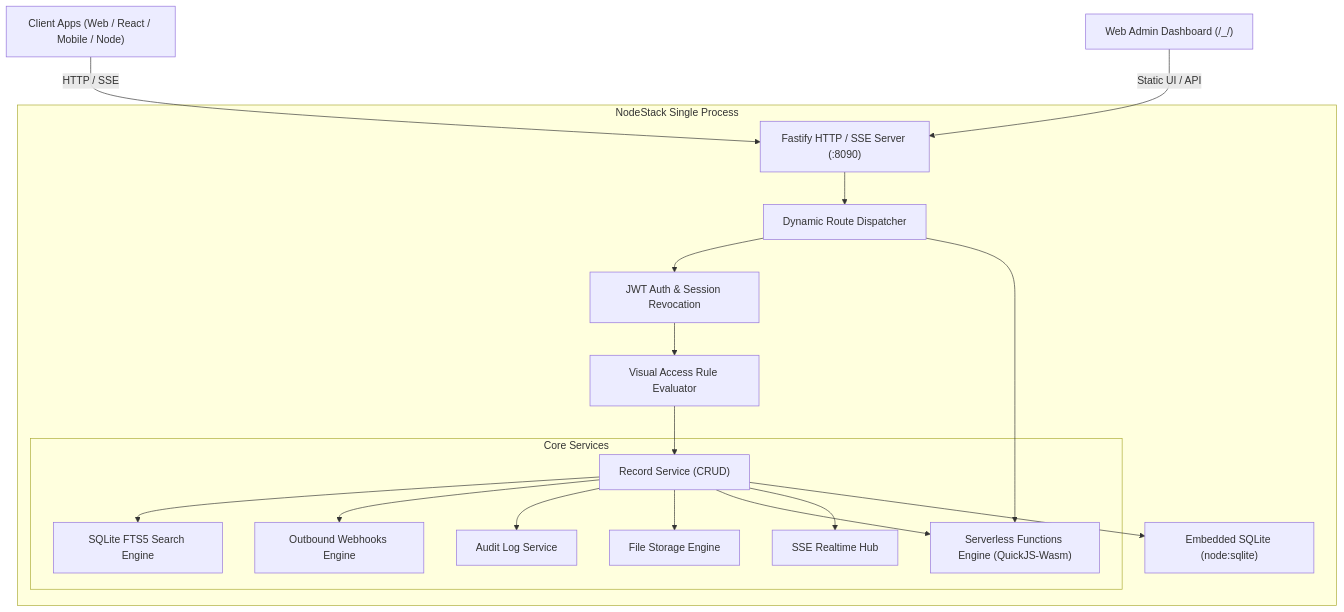
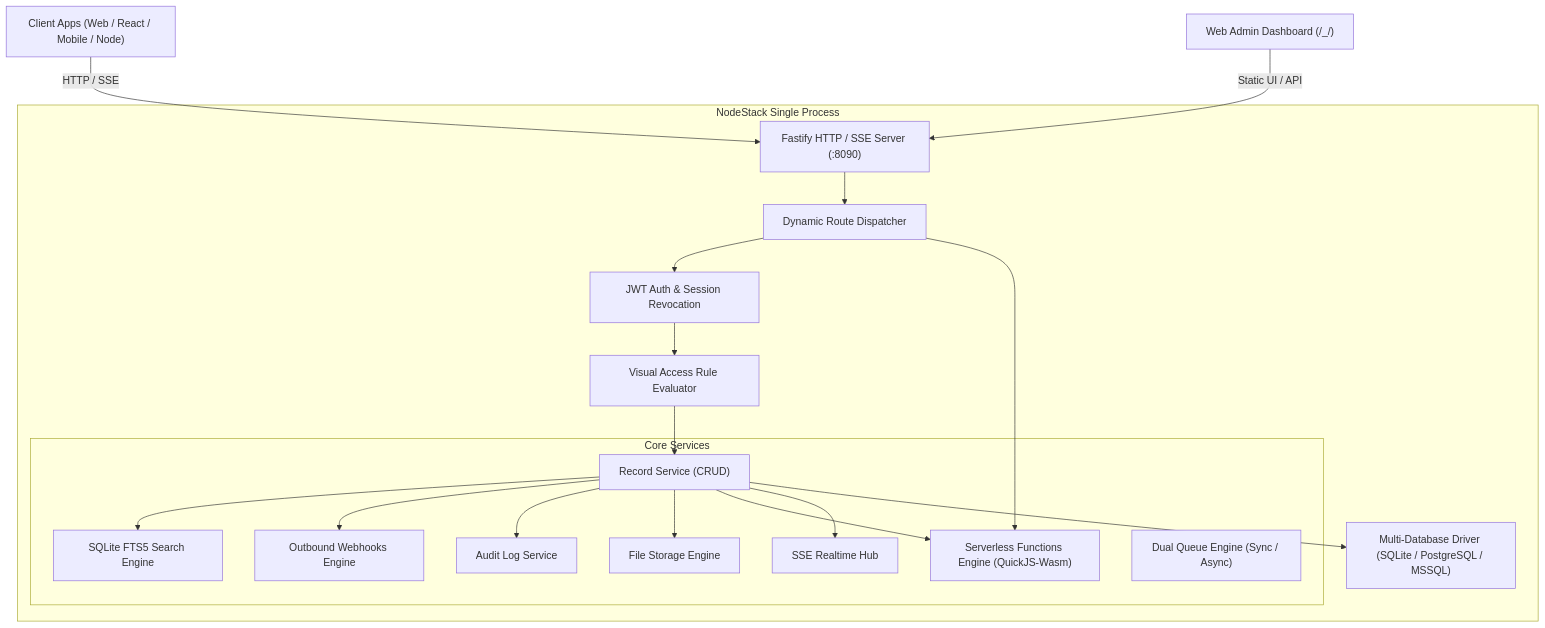
The diagram in docs/docs/getting-started/overview.md (satya-jugran/nodestack), drawn with Mermaid before and after one commit. The commit also changed other lines of this file and 40 other files, not shown here.

````diff
--- a/docs/docs/getting-started/overview.md
+++ b/docs/docs/getting-started/overview.md
@@ -51,39 +52,40 @@
 ```mermaid
 graph TD
     Client["Client Apps (Web / React / Mobile / Node)"]
     Admin["Web Admin Dashboard (/_/)"]
     
     subgraph NodeStack Single Process
         Fastify["Fastify HTTP / SSE Server (:8090)"]
         Router["Dynamic Route Dispatcher"]
         AuthMiddleware["JWT Auth & Session Revocation"]
         RuleEngine["Visual Access Rule Evaluator"]
         
         subgraph Core Services
             RecordService["Record Service (CRUD)"]
             FTSService["SQLite FTS5 Search Engine"]
             WebhookService["Outbound Webhooks Engine"]
             AuditService["Audit Log Service"]
             StorageService["File Storage Engine"]
             FunctionService["Serverless Functions Engine (QuickJS-Wasm)"]
             RealtimeHub["SSE Realtime Hub"]
+            QueueEngine["Dual Queue Engine (Sync / Async)"]
         end
 
-        SqliteDriver["Embedded SQLite (node:sqlite)"]
+        DbDriver["Multi-Database Driver (SQLite / PostgreSQL / MSSQL)"]
     end
 
     Client -->|HTTP / SSE| Fastify
     Admin -->|Static UI / API| Fastify
     Fastify --> Router
     Router --> AuthMiddleware
     AuthMiddleware --> RuleEngine
     RuleEngine --> RecordService
     RecordService --> FTSService
     RecordService --> WebhookService
     RecordService --> AuditService
     RecordService --> StorageService
     Router --> FunctionService
     RecordService --> FunctionService
     RecordService --> RealtimeHub
-    RecordService --> SqliteDriver
+    RecordService --> DbDriver
 ```
````
